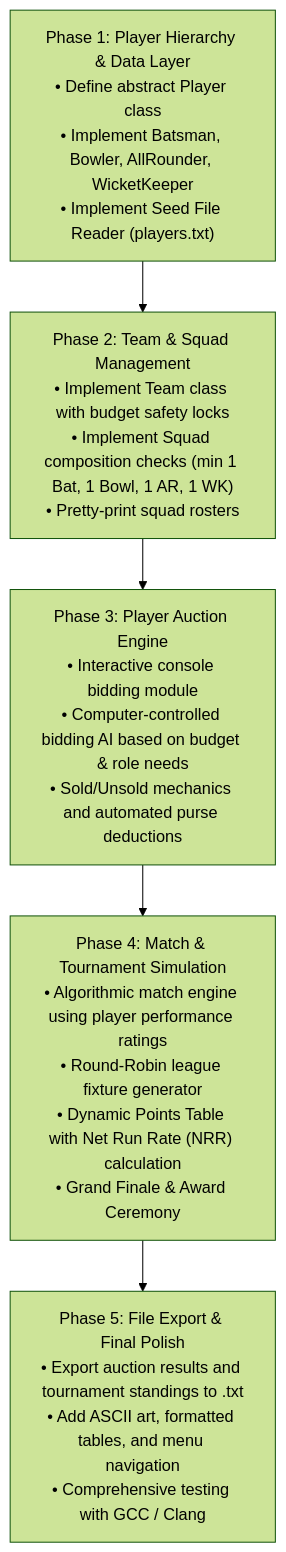
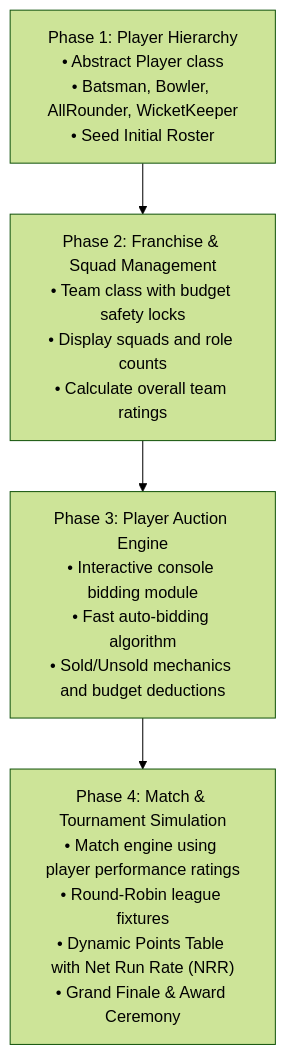
The fifth of 5 diagrams in README.md (sumitmule86-netizen/IOOP-project), drawn with Mermaid (forest theme) before and after one commit. The commit also changed other lines of this file and 3 other files, not shown here.

````diff
--- a/README.md
+++ b/README.md
@@ -392,14 +347,12 @@
 ```mermaid
 flowchart TD
-    Step1["Phase 1: Player Hierarchy & Data Layer<br>• Define abstract Player class<br>• Implement Batsman, Bowler, AllRounder, WicketKeeper<br>• Implement Seed File Reader (players.txt)"]
+    Step1["Phase 1: Player Hierarchy<br>• Abstract Player class<br>• Batsman, Bowler, AllRounder, WicketKeeper<br>• Seed Initial Roster"]
     
-    Step2["Phase 2: Team & Squad Management<br>• Implement Team class with budget safety locks<br>• Implement Squad composition checks (min 1 Bat, 1 Bowl, 1 AR, 1 WK)<br>• Pretty-print squad rosters"]
+    Step2["Phase 2: Franchise & Squad Management<br>• Team class with budget safety locks<br>• Display squads and role counts<br>• Calculate overall team ratings"]
 
-    Step3["Phase 3: Player Auction Engine<br>• Interactive console bidding module<br>• Computer-controlled bidding AI based on budget & role needs<br>• Sold/Unsold mechanics and automated purse deductions"]
+    Step3["Phase 3: Player Auction Engine<br>• Interactive console bidding module<br>• Fast auto-bidding algorithm<br>• Sold/Unsold mechanics and budget deductions"]
 
-    Step4["Phase 4: Match & Tournament Simulation<br>• Algorithmic match engine using player performance ratings<br>• Round-Robin league fixture generator<br>• Dynamic Points Table with Net Run Rate (NRR) calculation<br>• Grand Finale & Award Ceremony"]
+    Step4["Phase 4: Match & Tournament Simulation<br>• Match engine using player performance ratings<br>• Round-Robin league fixtures<br>• Dynamic Points Table with Net Run Rate (NRR)<br>• Grand Finale & Award Ceremony"]
 
-    Step5["Phase 5: File Export & Final Polish<br>• Export auction results and tournament standings to .txt<br>• Add ASCII art, formatted tables, and menu navigation<br>• Comprehensive testing with GCC / Clang"]
-
-    Step1 --> Step2 --> Step3 --> Step4 --> Step5
+    Step1 --> Step2 --> Step3 --> Step4
 ```
````
